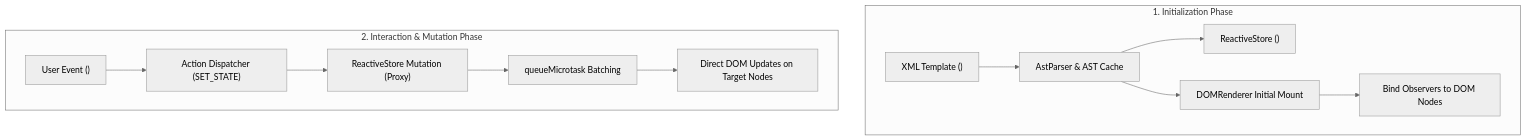
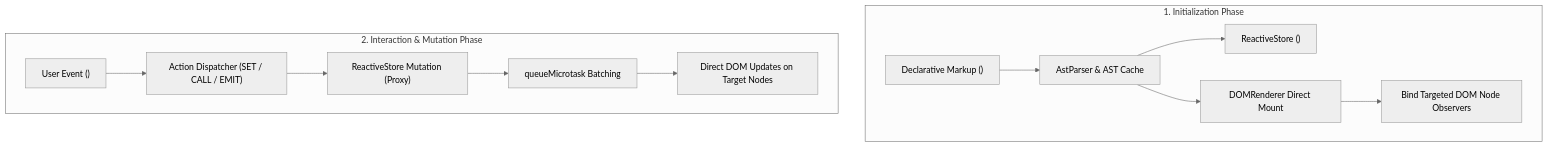
The diagram in docs/01-getting-started/04-mental-model.md (litepacks/euix), drawn with Mermaid (neutral theme) before and after one commit. The commit also changed other lines of this file and 14 other files, not shown here.

Commit message:
feat: enhance live editor with organized preset options, improved counter and todo app UI, and add support for event emission and action registration in the core engine

````diff
--- a/docs/01-getting-started/04-mental-model.md
+++ b/docs/01-getting-started/04-mental-model.md
@@ -16,16 +33,16 @@
 ```mermaid
 graph TD
     subgraph "1. Initialization Phase"
-        A["XML Template (<uid_spec>)"] --> B["AstParser & AST Cache"]
+        A["Declarative Markup (<uid_spec>)"] --> B["AstParser & AST Cache"]
         B --> C["ReactiveStore (<data_model>)"]
-        B --> D["DOMRenderer Initial Mount"]
-        D --> E["Bind Observers to DOM Nodes"]
+        B --> D["DOMRenderer Direct Mount"]
+        D --> E["Bind Targeted DOM Node Observers"]
     end
 
     subgraph "2. Interaction & Mutation Phase"
-        F["User Event (<on_click>)"] --> G["Action Dispatcher (SET_STATE)"]
+        F["User Event (<on_click>)"] --> G["Action Dispatcher (SET / CALL / EMIT)"]
         G --> H["ReactiveStore Mutation (Proxy)"]
         H --> I["queueMicrotask Batching"]
         I --> J["Direct DOM Updates on Target Nodes"]
     end
 ```
````
